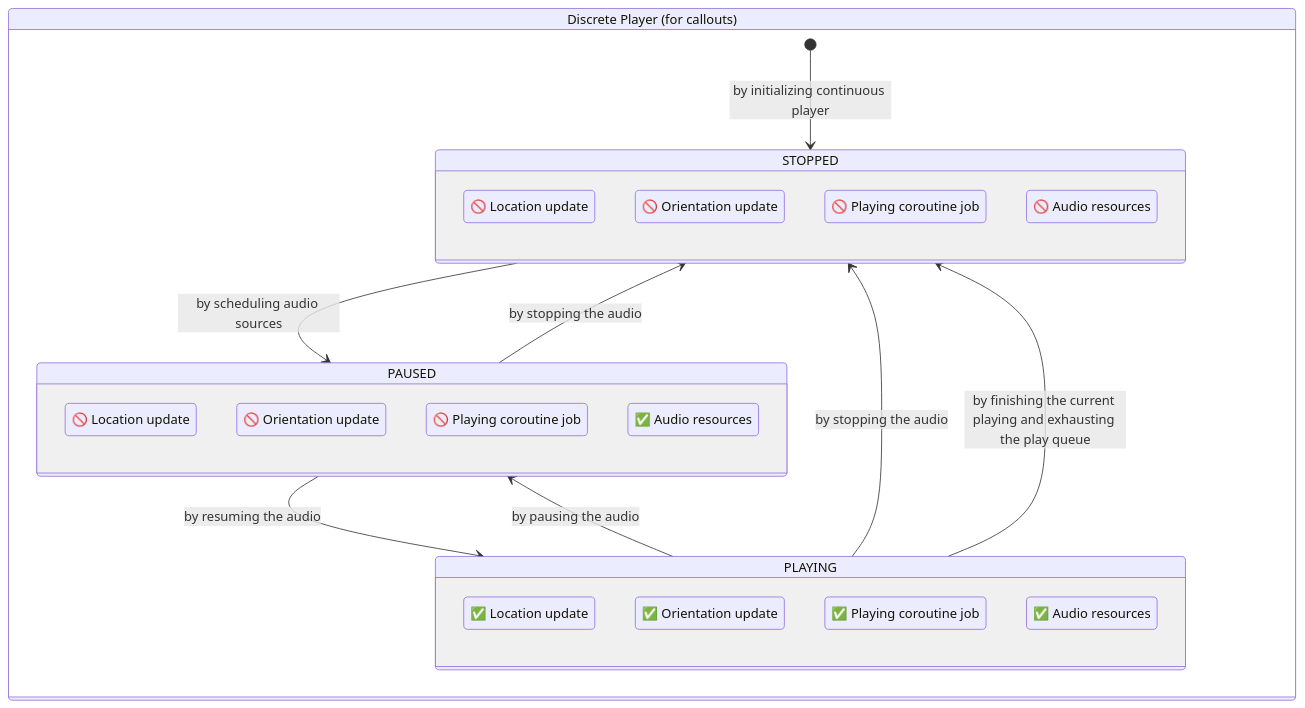
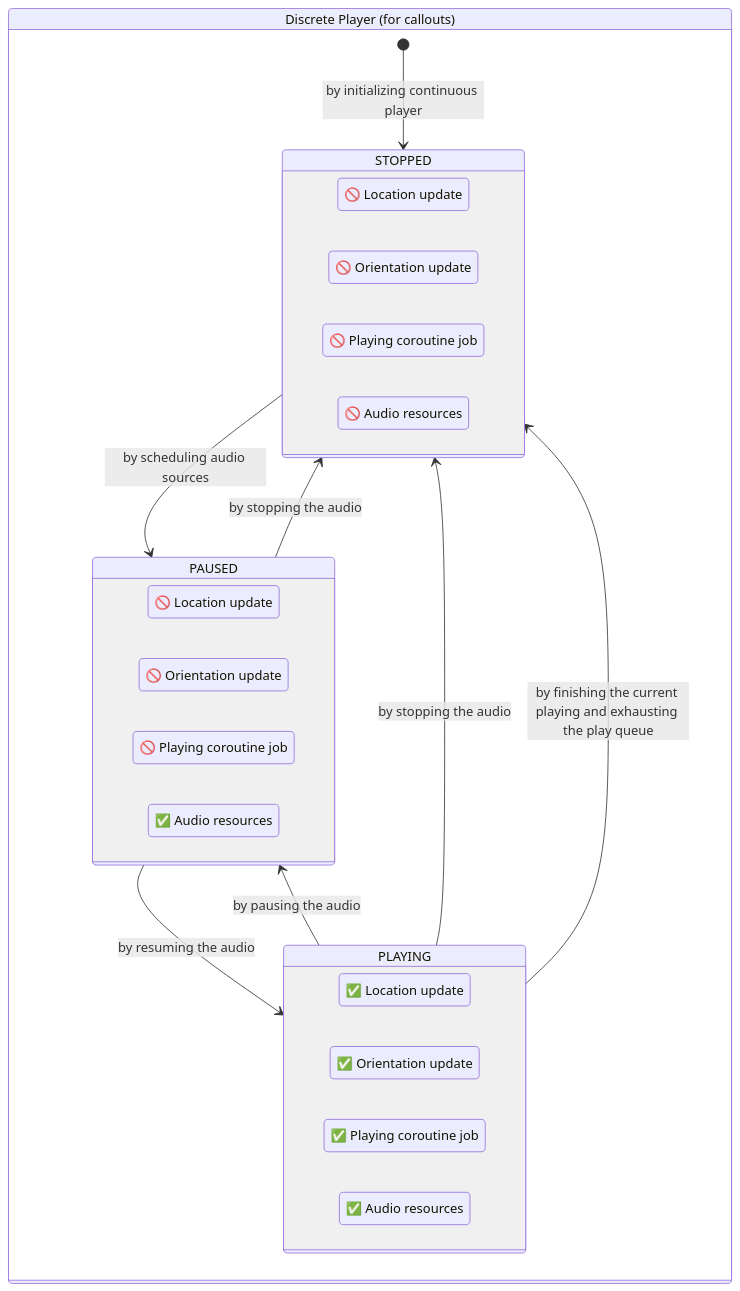
The third of 5 diagrams in projects/toys/soundscape/index.md (FlickerSoul/universe.observer), drawn with Mermaid before and after one commit. The commit also changed other lines of this file, not shown here.

Commit message:
fix: graph orientation

````diff
--- a/projects/toys/soundscape/index.md
+++ b/projects/toys/soundscape/index.md
@@ -133,33 +136,36 @@
 ```mermaid
 stateDiagram-v2
   state "Discrete Player (for callouts)" as DP {
     [*] --> STOPPED: by initializing continuous player
     STOPPED --> PAUSED: by scheduling audio sources
     PLAYING --> PAUSED: by pausing the audio
     PAUSED --> PLAYING: by resuming the audio
     PAUSED --> STOPPED: by stopping the audio
     PLAYING --> STOPPED: by stopping the audio
     PLAYING --> STOPPED: by finishing the current playing and exhausting the play queue
 
     state STOPPED {
+      direction LR
       state "🚫 Location update" as s1
       state "🚫 Orientation update" as s2
       state "🚫 Playing coroutine job" as s3
       state "🚫 Audio resources" as s4
     }
 
     state PLAYING {
+      direction LR
       state "✅ Location update" as pl1
       state "✅ Orientation update" as pl2
       state "✅ Playing coroutine job" as pl3
       state "✅ Audio resources" as pl4
     }
 
     state PAUSED {
+      direction LR
       state "🚫 Location update" as pu1
       state "🚫 Orientation update" as pu2
       state "🚫 Playing coroutine job" as pu3
       state "✅ Audio resources" as pu4
     }
   }
 ```
````
